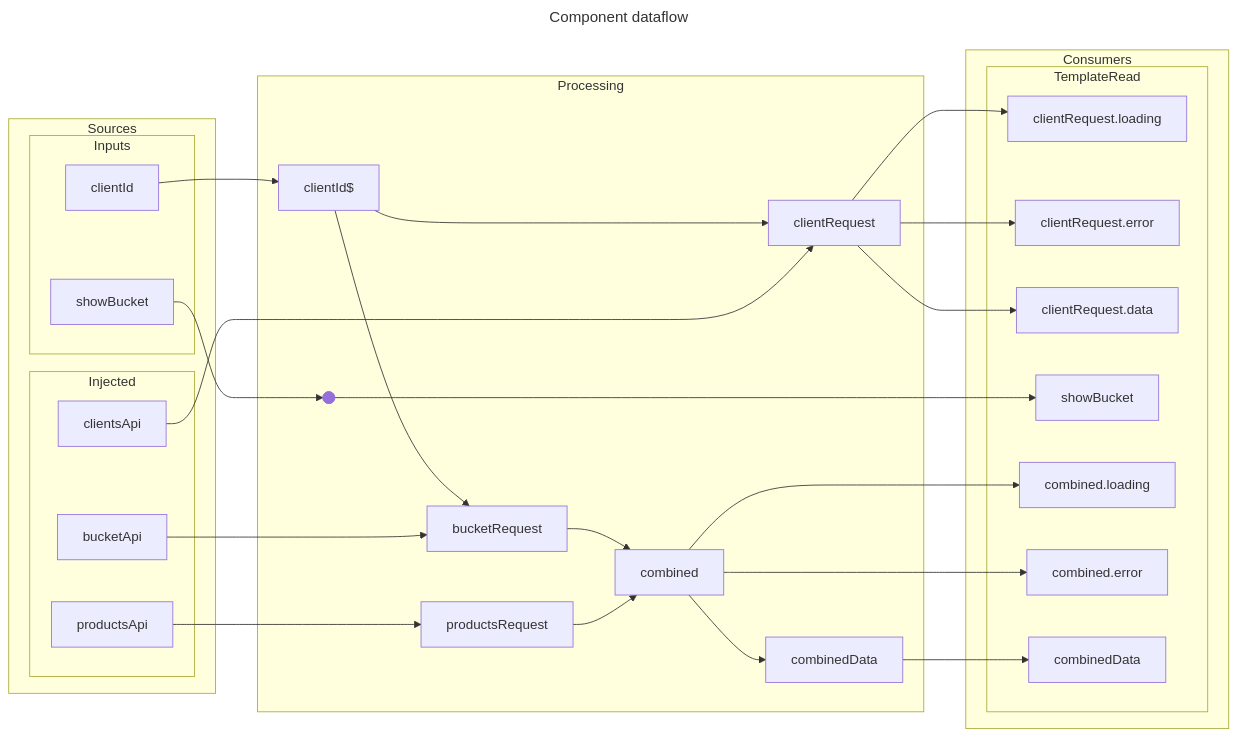
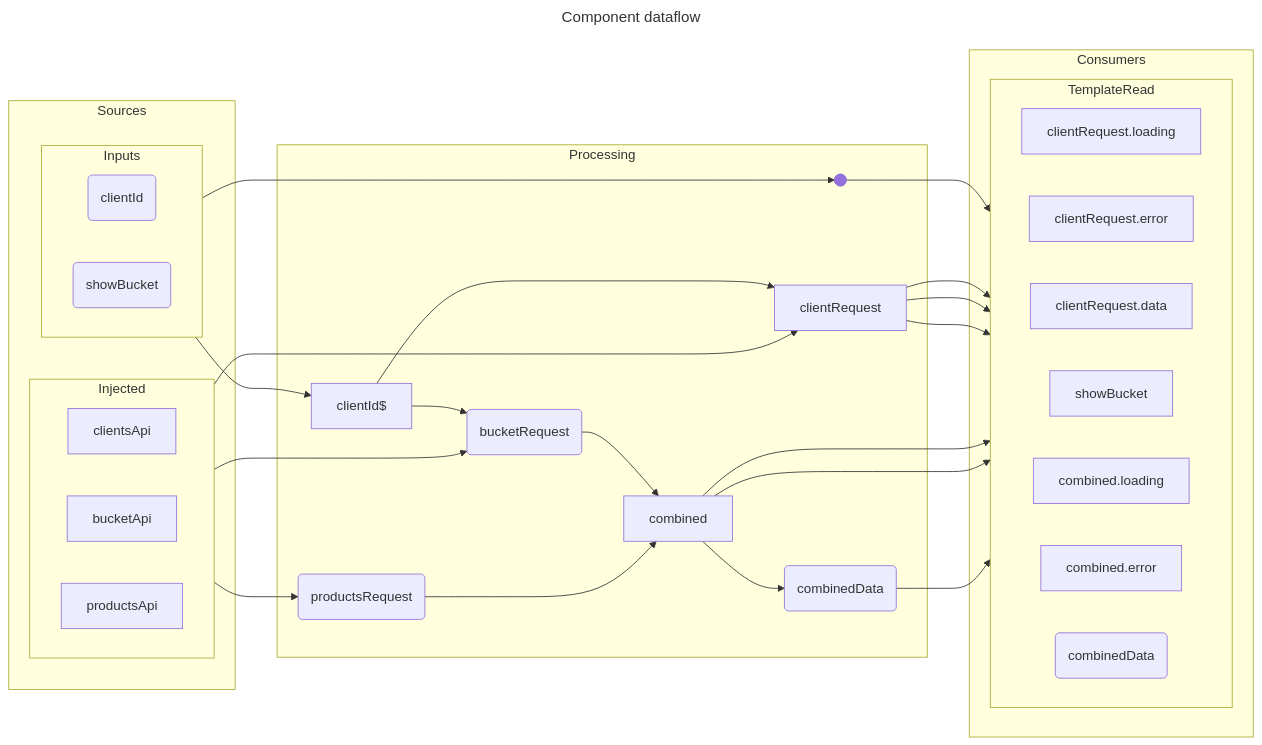
The first of 2 diagrams in src/app/components/wip/container-signal/container-signal.component.dataflow.md (earthdmitriy/rx-evo), drawn with Mermaid before and after one commit. The commit also changed other lines of this file and 39 other files, not shown here.

Commit message:
updated dataflow diagrams

```diff
--- a/src/app/components/wip/container-signal/container-signal.component.dataflow.md
+++ b/src/app/components/wip/container-signal/container-signal.component.dataflow.md
@@ -7,6 +7,7 @@
 graph LR
     subgraph Sources
         subgraph Injected
+            direction LR
             Source_clientsApi["
                 clientsApi
             "]
@@ -18,37 +19,39 @@
             "]
         end
         subgraph Inputs
-            Source_clientId["
+            direction LR
+            Source_clientId("
                 clientId
-            "]
-            Source_showBucket["
+            ")
+            Source_showBucket("
                 showBucket
-            "]
+            ")
         end
     end
     subgraph Processing
         Processing_clientId$["
             clientId$
         "]
-        Processing_productsRequest["
+        Processing_productsRequest("
             productsRequest
-        "]
+        ")
         Processing_clientRequest["
             clientRequest
         "]
-        Processing_bucketRequest["
+        Processing_bucketRequest("
             bucketRequest
-        "]
+        ")
         Processing_combined["
             combined
         "]
-        Processing_combinedData["
+        Processing_combinedData("
             combinedData
-        "]
+        ")
         Processing_showBucket@{ shape: f-circ, label: "Junction" }
     end
     subgraph Consumers
         subgraph TemplateRead
+            direction LR
             Consumer_clientRequest.loading["
                 clientRequest.loading
             "]
@@ -67,9 +70,9 @@
             Consumer_combined.error["
                 combined.error
             "]
-            Consumer_combinedData["
+            Consumer_combinedData("
                 combinedData
-            "]
+            ")
         end
     end
     Sources ~~~ Processing
```
